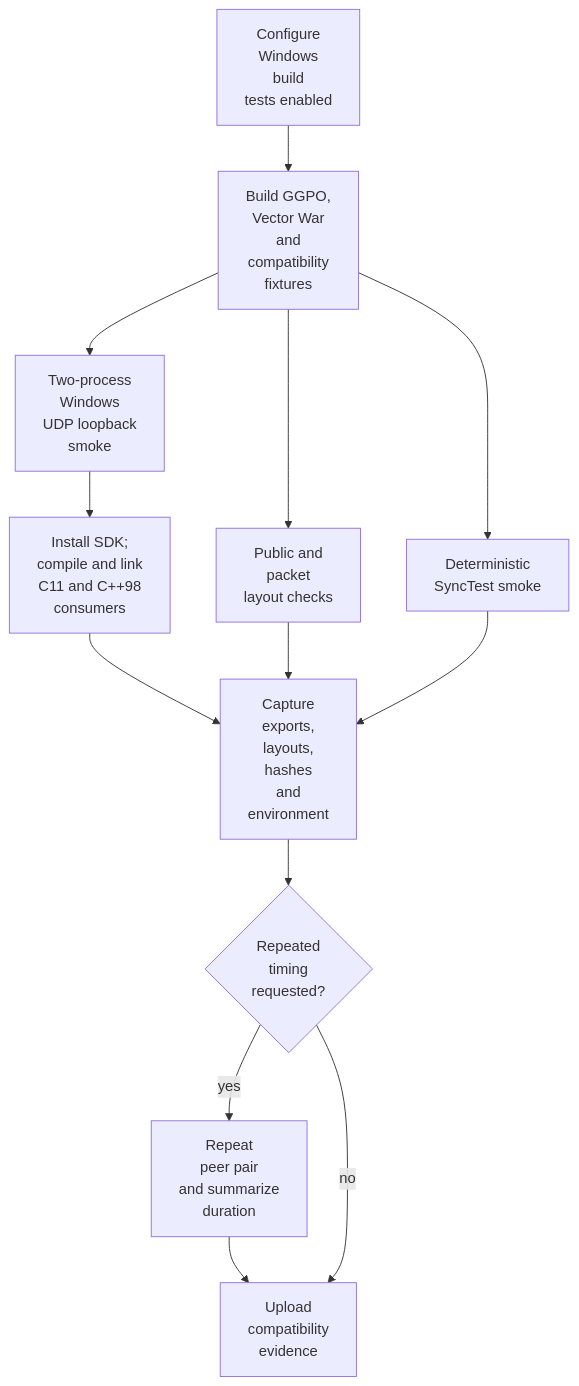
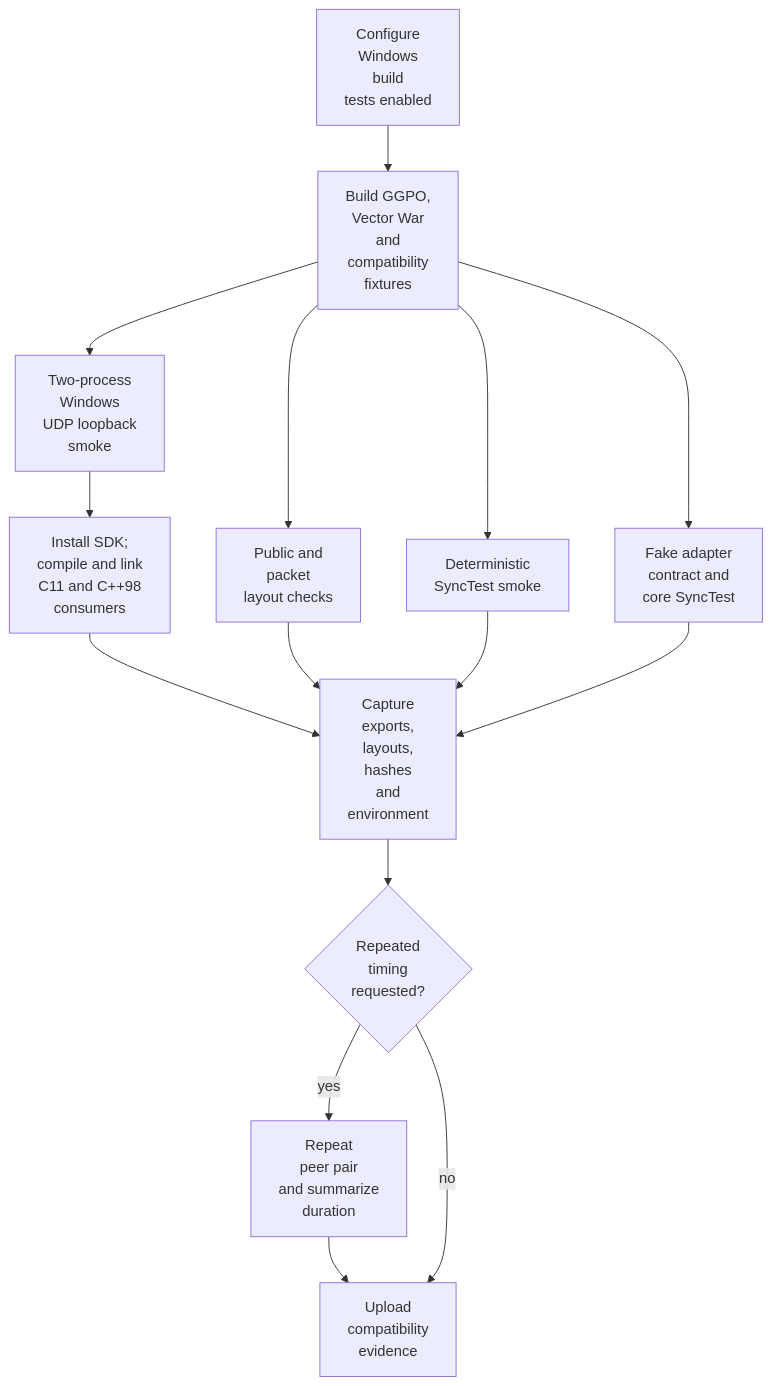
The first of 3 diagrams in doc/architecture/Testing.md (irregularthanis/ggpo-next), drawn with Mermaid before and after one commit. The commit also changed other lines of this file and 3 other files, not shown here.

````diff
--- a/doc/architecture/Testing.md
+++ b/doc/architecture/Testing.md
@@ -42,24 +44,27 @@
 ```mermaid
 flowchart TD
     Configure["Configure<br/>Windows<br/>build<br/>tests enabled"]
     Build["Build GGPO,<br/>Vector War<br/>and<br/>compatibility<br/>fixtures"]
     Layout["Public and<br/>packet<br/>layout checks"]
     Sync["Deterministic<br/>SyncTest smoke"]
+    Fake["Fake adapter<br/>contract and<br/>core SyncTest"]
     Peers["Two-process<br/>Windows<br/>UDP loopback<br/>smoke"]
     Consumers["Install SDK;<br/>compile and link<br/>C11 and C++98<br/>consumers"]
     Capture["Capture<br/>exports,<br/>layouts,<br/>hashes<br/>and<br/>environment"]
     Noise{"Repeated<br/>timing<br/>requested?"}
     Repeat["Repeat<br/>peer pair<br/>and summarize<br/>duration"]
     Evidence["Upload<br/>compatibility<br/>evidence"]
 
     Configure --> Build
     Build --> Layout
     Build --> Sync
+    Build --> Fake
     Build --> Peers
     Peers --> Consumers --> Capture
     Layout --> Capture
     Sync --> Capture
+    Fake --> Capture
     Capture --> Noise
     Noise -->|"yes"| Repeat --> Evidence
     Noise -->|"no"| Evidence
 ```
````
